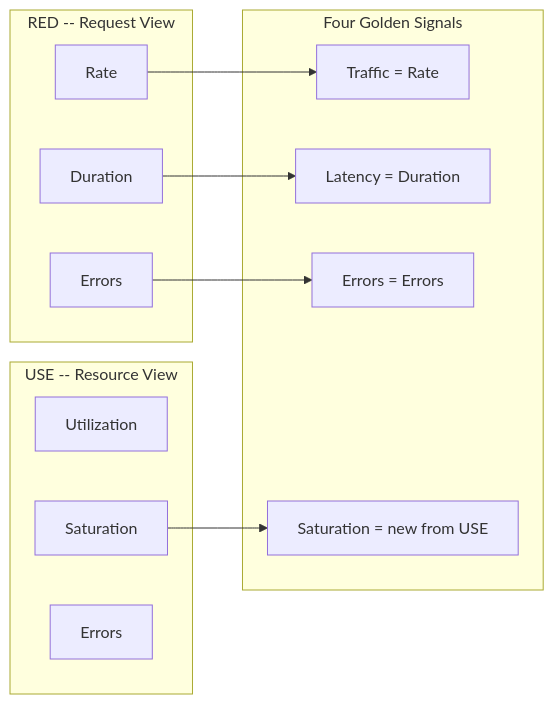
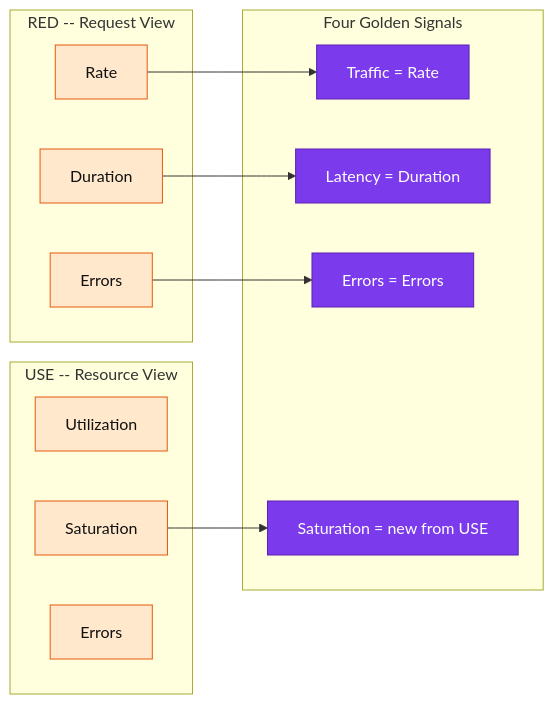
Before and after one commit to duynhlab/homelab: the first of 7 diagrams in docs/observability/runbooks/observability-deep-dive.md, drawn with Mermaid. The commit also changed other lines of this file and 33 other files, not shown here.

First line of the commit message:
Refresh observability diagrams (#516)

````diff
--- a/docs/observability/runbooks/observability-deep-dive.md
+++ b/docs/observability/runbooks/observability-deep-dive.md
@@ -66,26 +66,31 @@
 ```mermaid
 flowchart LR
     subgraph red ["RED -- Request View"]
         Rate
         Errors_R["Errors"]
         Duration
     end
 
     subgraph use ["USE -- Resource View"]
         Utilization
         Saturation_U["Saturation"]
         Errors_U["Errors"]
     end
 
     subgraph golden ["Four Golden Signals"]
         Traffic["Traffic = Rate"]
         Latency["Latency = Duration"]
         Errors_G["Errors = Errors"]
         Saturation_G["Saturation = new from USE"]
     end
 
     Rate --> Traffic
     Duration --> Latency
     Errors_R --> Errors_G
     Saturation_U --> Saturation_G
+
+    classDef metric fill:#ffe8cc,color:#111,stroke:#e8590c;
+    classDef platform fill:#7c3aed,color:#fff,stroke:#5b21b6;
+    class Rate,Errors_R,Duration,Utilization,Saturation_U,Errors_U metric;
+    class Traffic,Latency,Errors_G,Saturation_G platform;
 ```
````
